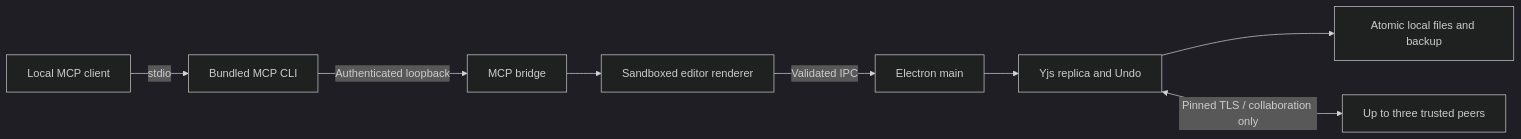
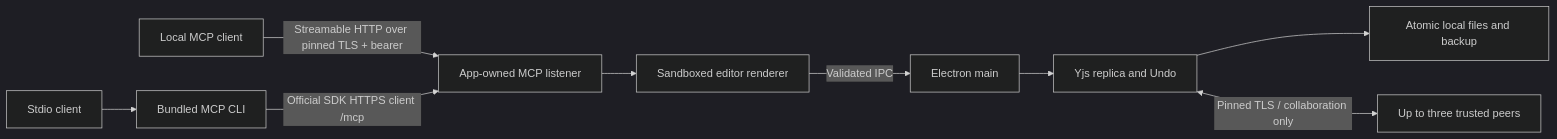
One commit to Dindb-dong/oh-my-canvas changed the diagram in docs/ARCHITECTURE.md. Above: the diagram before and after it, drawn with Mermaid (dark theme). The commit also changed other lines of this file and 38 other files, not shown here.

First line of the commit message:
MCP: Connect Codex to the desktop app over authenticated HTTPS (#2)

````diff
--- a/docs/ARCHITECTURE.md
+++ b/docs/ARCHITECTURE.md
@@ -7,10 +7,11 @@
 ```mermaid
 flowchart LR
-  Agent[Local MCP client] -->|stdio| CLI[Bundled MCP CLI]
-  CLI -->|Authenticated loopback| Bridge[MCP bridge]
+  Agent[Local MCP client] -->|Streamable HTTP over pinned TLS + bearer| Bridge[App-owned MCP listener]
+  Legacy[Stdio client] --> CLI[Bundled MCP CLI]
+  CLI -->|Official SDK HTTPS client /mcp| Bridge
   Bridge --> Renderer[Sandboxed editor renderer]
   Renderer -->|Validated IPC| Main[Electron main]
   Main --> Replica[Yjs replica and Undo]
   Replica --> Store[Atomic local files and backup]
   Replica <-->|Pinned TLS / collaboration only| Peer[Up to three trusted peers]
 ```
````
